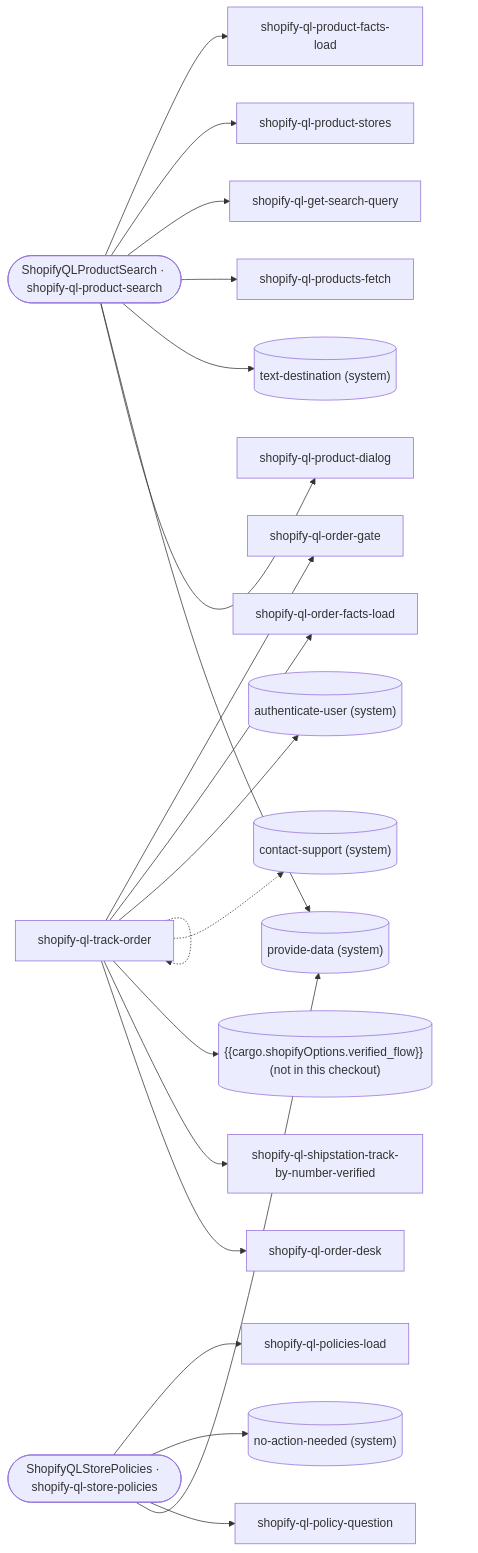
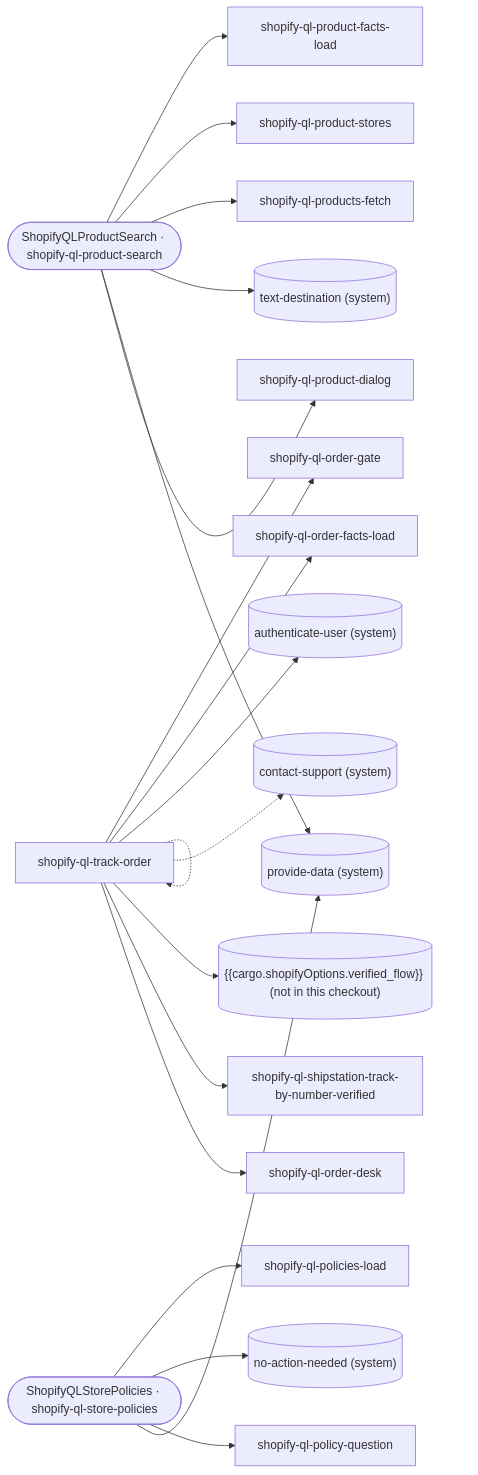
The diagram in docs/flows/shopify/README.md (ronpinkas/jsfe), drawn with Mermaid before and after one commit. The commit also changed other lines of this file and 3 other files, not shown here.

Commit message:
jsfe flows: reference copy of the prod shared sets from AIDevelopment 22f0992

````diff
--- a/docs/flows/shopify/README.md
+++ b/docs/flows/shopify/README.md
@@ -6,25 +6,24 @@
 ```mermaid
 flowchart LR
    shopify_ql_product_search(["ShopifyQLProductSearch · shopify-ql-product-search"])
    shopify_ql_product_search --> shopify_ql_product_facts_load["shopify-ql-product-facts-load"]
    shopify_ql_product_search --> shopify_ql_product_stores["shopify-ql-product-stores"]
-   shopify_ql_product_search --> shopify_ql_get_search_query["shopify-ql-get-search-query"]
    shopify_ql_product_search --> shopify_ql_products_fetch["shopify-ql-products-fetch"]
    shopify_ql_product_search --> x_text_destination[("text-destination (system)")]
    shopify_ql_product_search --> x_provide_data[("provide-data (system)")]
    shopify_ql_product_search --> shopify_ql_product_dialog["shopify-ql-product-dialog"]
    shopify_ql_track_order(["ShopifyQLTrackOrder · shopify-ql-track-order"])
    shopify_ql_track_order --> shopify_ql_order_gate["shopify-ql-order-gate"]
    shopify_ql_track_order --> shopify_ql_order_facts_load["shopify-ql-order-facts-load"]
    shopify_ql_track_order --> x_authenticate_user[("authenticate-user (system)")]
    shopify_ql_track_order -.-> shopify_ql_track_order["shopify-ql-track-order"]
    shopify_ql_track_order -.-> x_contact_support[("contact-support (system)")]
    shopify_ql_track_order --> x__cargo_shopifyOptions_verified_flow_[("#123;#123;cargo.shopifyOptions.verified_flow#125;#125; (not in this checkout)")]
    shopify_ql_track_order --> shopify_ql_shipstation_track_by_number_verified["shopify-ql-shipstation-track-by-number-verified"]
    shopify_ql_track_order --> shopify_ql_order_desk["shopify-ql-order-desk"]
    shopify_ql_store_policies(["ShopifyQLStorePolicies · shopify-ql-store-policies"])
    shopify_ql_store_policies --> shopify_ql_policies_load["shopify-ql-policies-load"]
    shopify_ql_store_policies --> x_no_action_needed[("no-action-needed (system)")]
    shopify_ql_store_policies --> shopify_ql_policy_question["shopify-ql-policy-question"]
    shopify_ql_store_policies --> x_provide_data[("provide-data (system)")]
 ```
````
